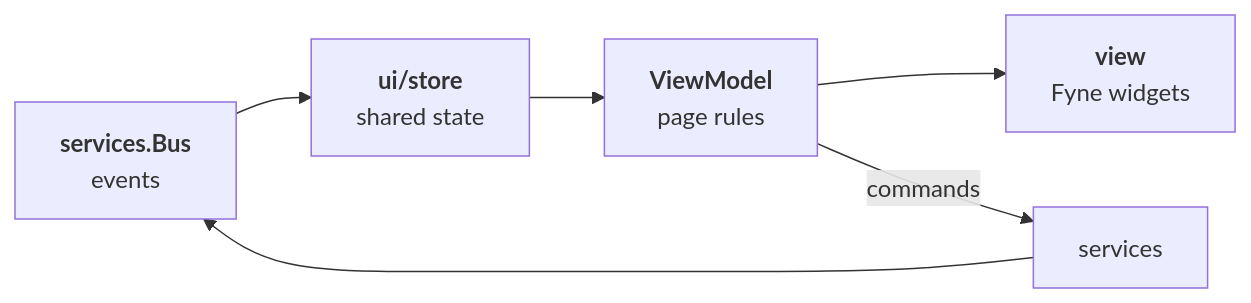
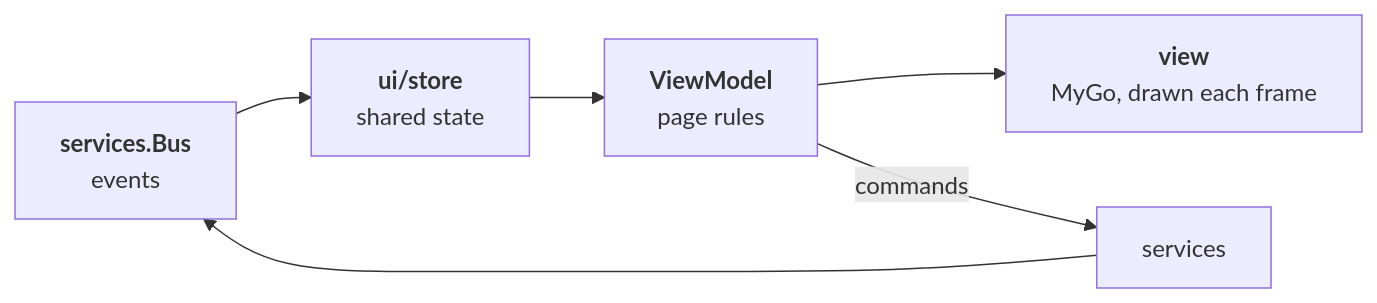
Before and after one commit to akfaiz/carryover: the second of 2 diagrams in docs/architecture.md, drawn with Mermaid. The commit also changed other lines of this file and 197 other files, not shown here.

````diff
--- a/docs/architecture.md
+++ b/docs/architecture.md
@@ -95,8 +95,8 @@
 ```mermaid
 flowchart LR
     Bus["<b>services.Bus</b><br/>events"] --> Store["<b>ui/store</b><br/>shared state"]
     Store --> VM["<b>ViewModel</b><br/>page rules"]
-    VM --> View["<b>view</b><br/>Fyne widgets"]
+    VM --> View["<b>view</b><br/>MyGo, drawn each frame"]
     VM -->|commands| Svc[services]
     Svc --> Bus
 ```
````
